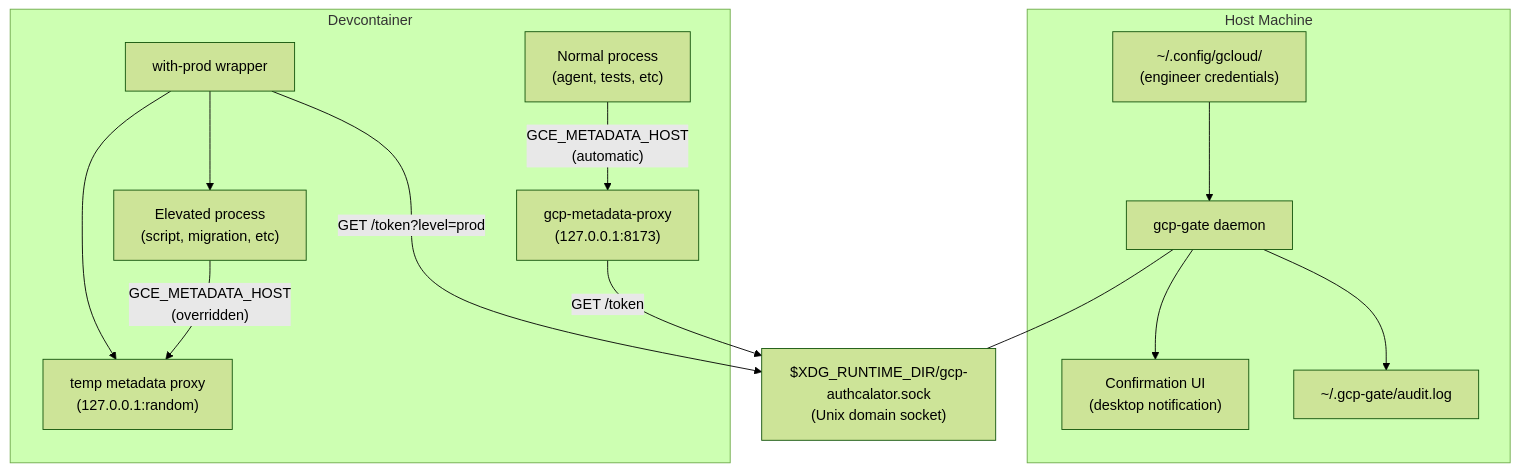
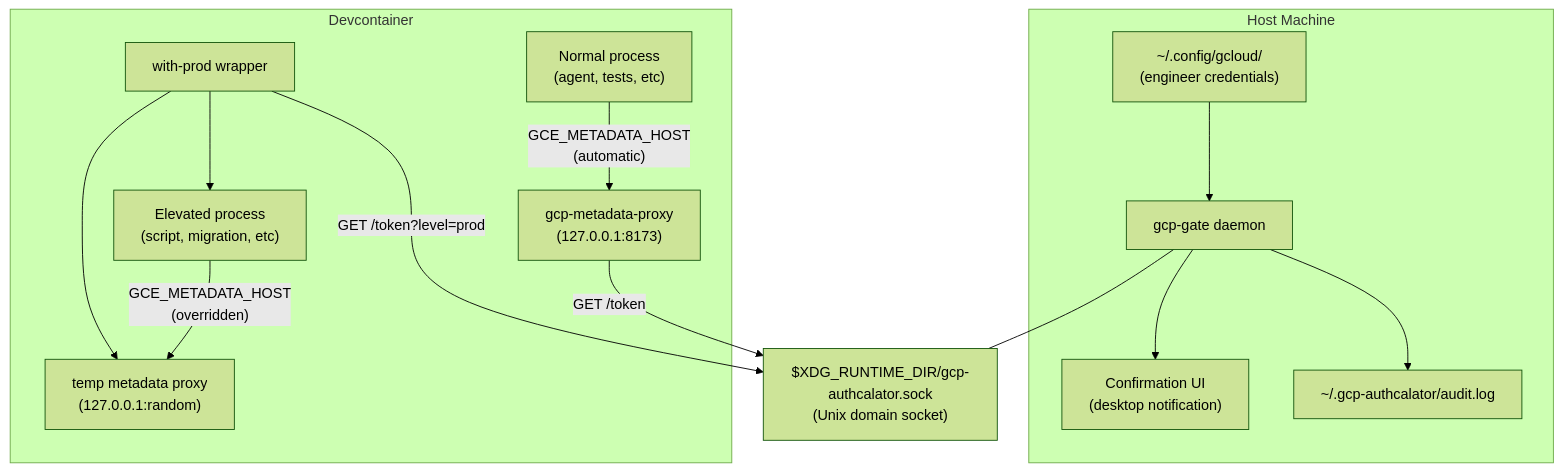
One commit to samn/gcp-authcalator changed the diagram in SPEC.md. Above: the diagram before and after it, drawn with Mermaid (forest theme). The commit also changed other lines of this file and 7 other files, not shown here.

First line of the commit message:
Consolidate runtime directory under ~/.gcp-authcalator (#49)

````diff
--- a/SPEC.md
+++ b/SPEC.md
@@ -13,30 +13,30 @@
 ```mermaid
 graph TB
   subgraph host [Host Machine]
     creds["~/.config/gcloud/\n(engineer credentials)"]
     gate["gcp-gate daemon\n"]
     confirm["Confirmation UI\n(desktop notification)"]
-    audit["~/.gcp-gate/audit.log"]
+    audit["~/.gcp-authcalator/audit.log"]
     creds --> gate
     gate --> confirm
     gate --> audit
   end
 
   subgraph container [Devcontainer]
     proxy["gcp-metadata-proxy\n(127.0.0.1:8173)"]
     withprod["with-prod wrapper"]
     tmpproxy["temp metadata proxy\n(127.0.0.1:random)"]
     app["Normal process\n(agent, tests, etc)"]
     elevated["Elevated process\n(script, migration, etc)"]
 
     app -->|"GCE_METADATA_HOST\n(automatic)"| proxy
     elevated -->|"GCE_METADATA_HOST\n(overridden)"| tmpproxy
     withprod --> tmpproxy
     withprod --> elevated
   end
 
   socket["$XDG_RUNTIME_DIR/gcp-authcalator.sock\n(Unix domain socket)"]
   gate --- socket
   proxy -->|"GET /token"| socket
   withprod -->|"GET /token?level=prod"| socket
 ```
````
